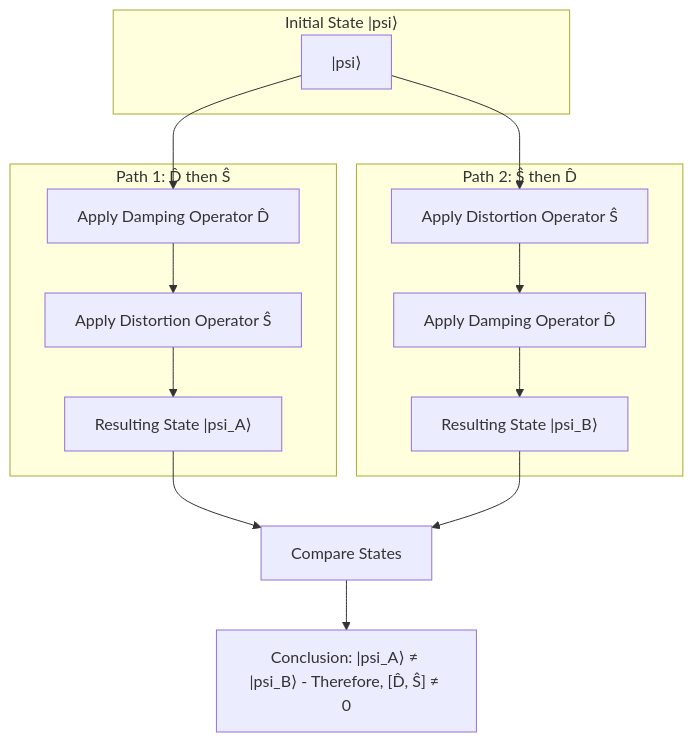
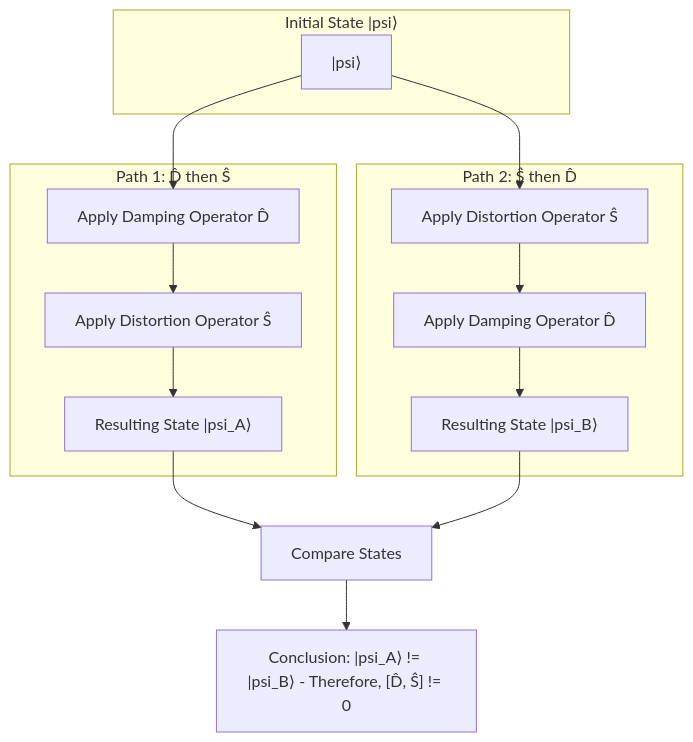
Before and after one commit to Foundup/Foundups-Agent: the second of 20 diagrams in WSP_knowledge/docs/Papers/Patent_Series/04_rESP_Patent_Updated.md, drawn with Mermaid. The commit also changed other lines of this file and 2140 other files, not shown here.

````diff
--- a/WSP_knowledge/docs/Papers/Patent_Series/04_rESP_Patent_Updated.md
+++ b/WSP_knowledge/docs/Papers/Patent_Series/04_rESP_Patent_Updated.md
@@ -262,18 +262,18 @@
 ```mermaid
 graph TD
     subgraph "Initial State |psi⟩"
         A["|psi⟩"]
     end
 
     subgraph "Path 1: D̂ then Ŝ"
         A --> D1["Apply Damping Operator D̂"] --> S1["Apply Distortion Operator Ŝ"] --> R1["Resulting State |psi_A⟩"]
     end
 
     subgraph "Path 2: Ŝ then D̂"
         A --> S2["Apply Distortion Operator Ŝ"] --> D2["Apply Damping Operator D̂"] --> R2["Resulting State |psi_B⟩"]
     end
 
     R1 --> F["Compare States"]
     R2 --> F
-    F --> G["Conclusion: |psi_A⟩ ≠ |psi_B⟩ - Therefore, [D̂, Ŝ] ≠ 0"]
+    F --> G["Conclusion: |psi_A⟩ != |psi_B⟩ - Therefore, [D̂, Ŝ] != 0"]
 ```
````
